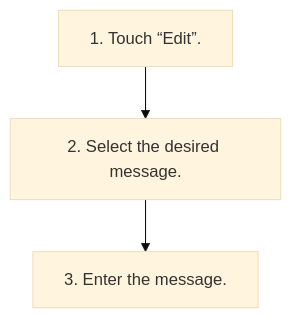
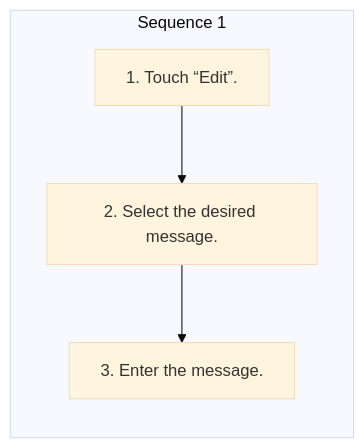
One commit to Chieko-Y/my-spec-generator changed the diagram in workspace/subaru/outback-2026/ivi/published/settings/8-editing-the-quick-reply-message.md. Above: the diagram before and after it, drawn with Mermaid (base theme). The commit also changed other lines of this file and 268 other files, not shown here.

````diff
--- a/workspace/subaru/outback-2026/ivi/published/settings/8-editing-the-quick-reply-message.md
+++ b/workspace/subaru/outback-2026/ivi/published/settings/8-editing-the-quick-reply-message.md
@@ -9,8 +9,11 @@
 ```mermaid
 flowchart TD
-    S1["1. Touch “Edit”."]
-    S2["2. Select the desired message."]
-    S3["3. Enter the message."]
-    S1 --> S2
-    S2 --> S3
+    subgraph SEQ1["Sequence 1"]
+    direction TB
+    S1_1["1. Touch “Edit”."]
+    S1_2["2. Select the desired message."]
+    S1_3["3. Enter the message."]
+    S1_1 --> S1_2
+    S1_2 --> S1_3
+    end
 ```
````
